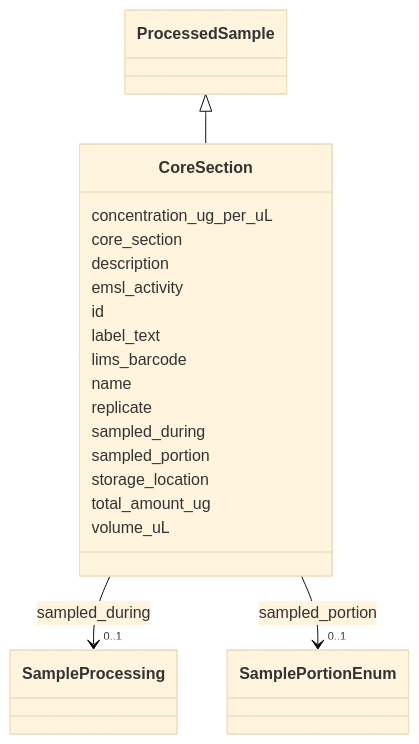
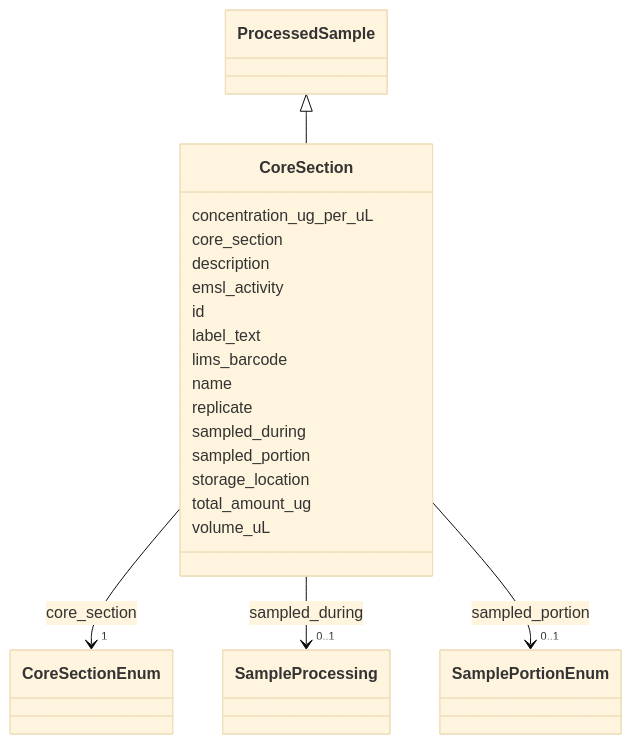
The diagram in docs/elements/CoreSection.md (EMSL-Computing/BASALT-Schema), drawn with Mermaid (base theme) before and after one commit. The commit also changed other lines of this file and 388 other files, not shown here.

````diff
--- a/docs/elements/CoreSection.md
+++ b/docs/elements/CoreSection.md
@@ -19,62 +19,72 @@
 ```mermaid
  classDiagram
     class CoreSection
     click CoreSection href "../CoreSection"
       ProcessedSample <|-- CoreSection
         click ProcessedSample href "../ProcessedSample"
       
       CoreSection : concentration_ug_per_uL
         
       CoreSection : core_section
+        
+          
+    
+    
+    
+    
+    CoreSection --> "1" CoreSectionEnum : core_section
+    click CoreSectionEnum href "../CoreSectionEnum"
+    
+
         
       CoreSection : description
         
       CoreSection : emsl_activity
         
       CoreSection : id
         
           
     
     
 
         
       CoreSection : label_text
         
       CoreSection : lims_barcode
         
       CoreSection : name
         
       CoreSection : replicate
         
       CoreSection : sampled_during
         
           
     
     
     
     
     CoreSection --> "0..1" SampleProcessing : sampled_during
     click SampleProcessing href "../SampleProcessing"
     
 
         
       CoreSection : sampled_portion
         
           
     
     
     
     
     CoreSection --> "0..1" SamplePortionEnum : sampled_portion
     click SamplePortionEnum href "../SamplePortionEnum"
     
 
         
       CoreSection : storage_location
         
       CoreSection : total_amount_ug
         
       CoreSection : volume_uL
         
       
 ```
````
